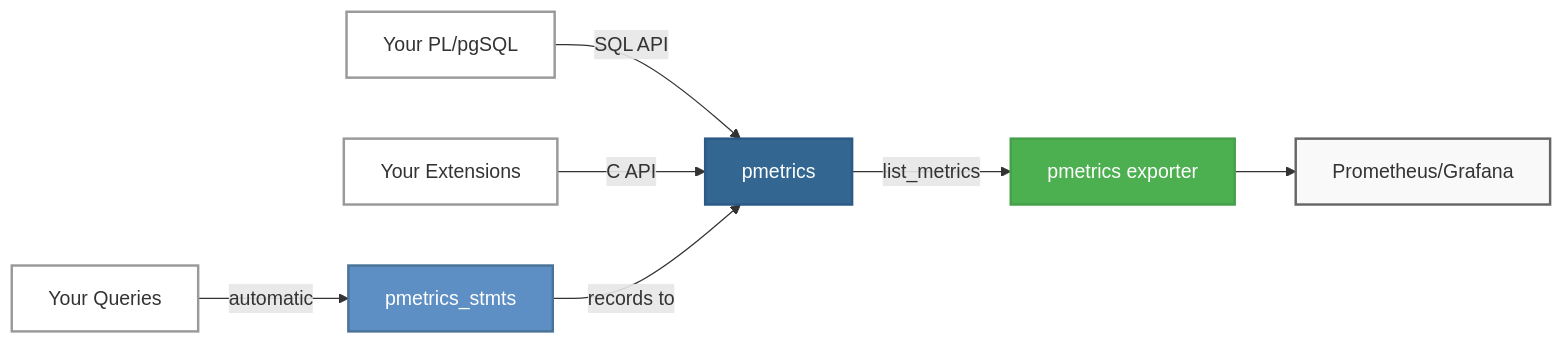
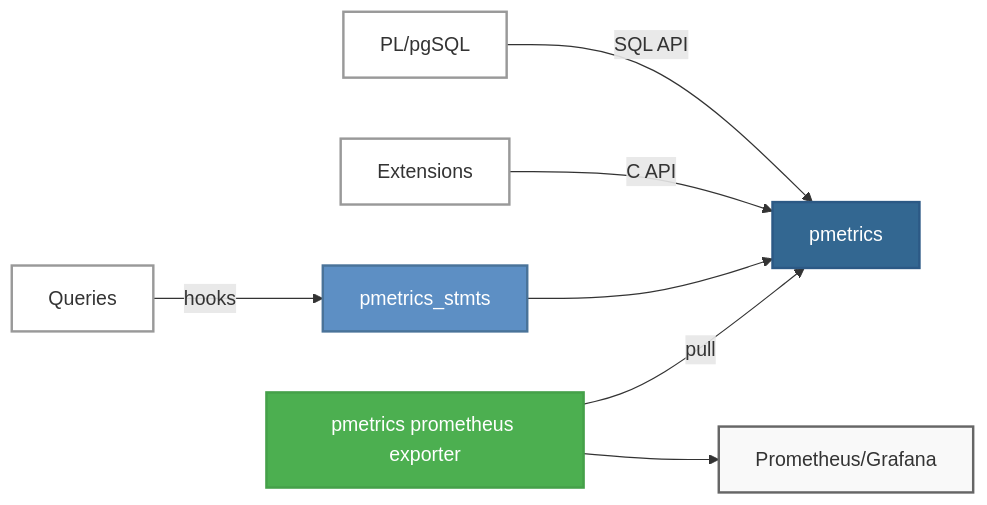
Before and after one commit to v0idpwn-industries/pmetrics: the diagram in README.md, drawn with Mermaid.

````diff
--- a/README.md
+++ b/README.md
@@ -5,22 +5,22 @@
 ```mermaid
 graph LR
-    Q[Your Queries]
-    P[Your PL/pgSQL]
-    E[Your Extensions]
+    Q[Queries]
+    P[PL/pgSQL]
+    E[Extensions]
 
-    Q -->|automatic| S[pmetrics_stmts]
+    Q -->|hooks| S[pmetrics_stmts]
     P -->|SQL API| C[pmetrics]
     E -->|C API| C
-    S -->|records to| C
+    S --> C
 
-    C -->|list_metrics| X[pmetrics exporter]
+    X[pmetrics prometheus exporter] -->|pull| C
     X --> M[Prometheus/Grafana]
 
     style C fill:#336791,stroke:#2c5985,stroke-width:2px,color:#fff
     style S fill:#5d8fc4,stroke:#4a7399,stroke-width:2px,color:#fff
     style X fill:#4CAF50,stroke:#45a049,stroke-width:2px,color:#fff
     style M fill:#f9f9f9,stroke:#666,stroke-width:2px,color:#333
     style Q fill:#fff,stroke:#999,stroke-width:2px,color:#333
     style P fill:#fff,stroke:#999,stroke-width:2px,color:#333
     style E fill:#fff,stroke:#999,stroke-width:2px,color:#333
 ```
````
